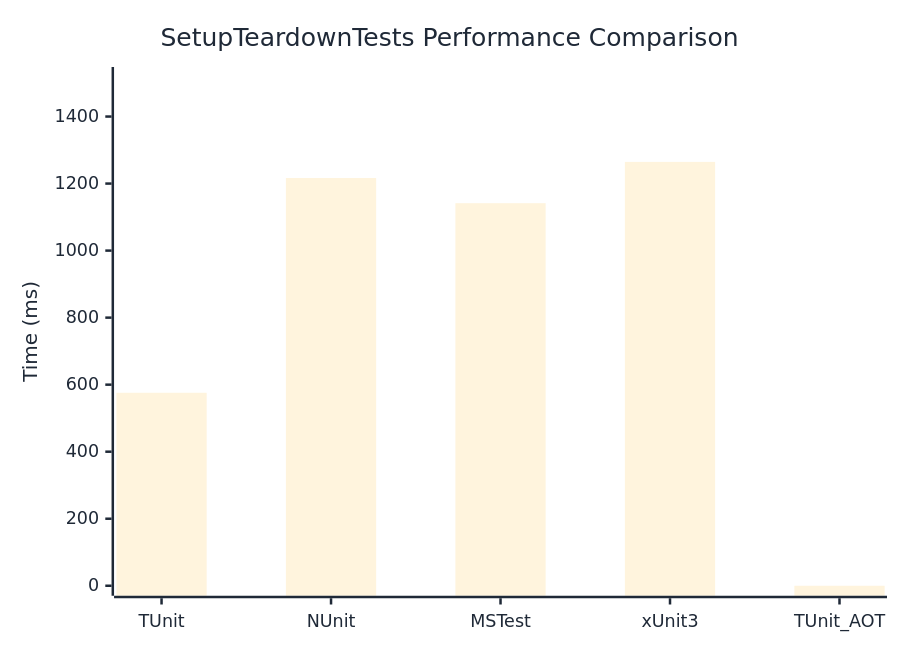
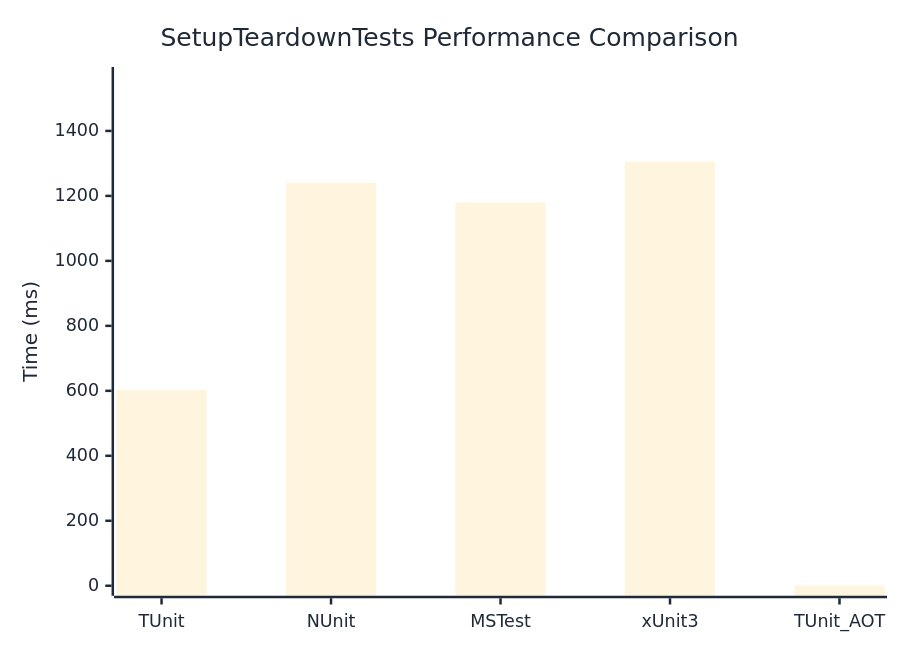
One commit to thomhurst/TUnit changed the diagram in docs/docs/benchmarks/SetupTeardownTests.md. Above: the diagram before and after it, drawn with Mermaid. The commit also changed other lines of this file and 17 other files, not shown here.

````diff
--- a/docs/docs/benchmarks/SetupTeardownTests.md
+++ b/docs/docs/benchmarks/SetupTeardownTests.md
@@ -27,37 +27,37 @@
 ```mermaid
 %%{init: {
   'theme':'base',
   'themeVariables': {
     'primaryColor': '#2563eb',
     'primaryTextColor': '#1f2937',
     'primaryBorderColor': '#1e40af',
     'lineColor': '#6b7280',
     'secondaryColor': '#7c3aed',
     'tertiaryColor': '#dc2626',
     'background': '#ffffff',
     'mainBkg': '#2563eb',
     'secondBkg': '#7c3aed',
     'tertiaryBkg': '#dc2626',
     'clusterBkg': '#f3f4f6',
     'edgeLabelBackground': '#ffffff',
     'tertiaryTextColor': '#1f2937',
     'pie1': '#2563eb',
     'pie2': '#7c3aed',
     'pie3': '#dc2626',
     'pie4': '#f59e0b',
     'pie5': '#10b981',
     'pie6': '#06b6d4',
     'pie7': '#ec4899',
     'pie8': '#6366f1',
     'pie9': '#84cc16',
     'pie10': '#f97316',
     'pie11': '#14b8a6',
     'pie12': '#a855f7'
   }
 }}%%
 xychart-beta
   title "SetupTeardownTests Performance Comparison"
   x-axis ["TUnit", "NUnit", "MSTest", "xUnit3", "TUnit_AOT"]
-  y-axis "Time (ms)" 0 --> 1518
-  bar [575.8, 1216.6, 1141.5, 1264.7, 0]
+  y-axis "Time (ms)" 0 --> 1566
+  bar [602.9, 1240.2, 1180.3, 1305, 0]
 ```
````
